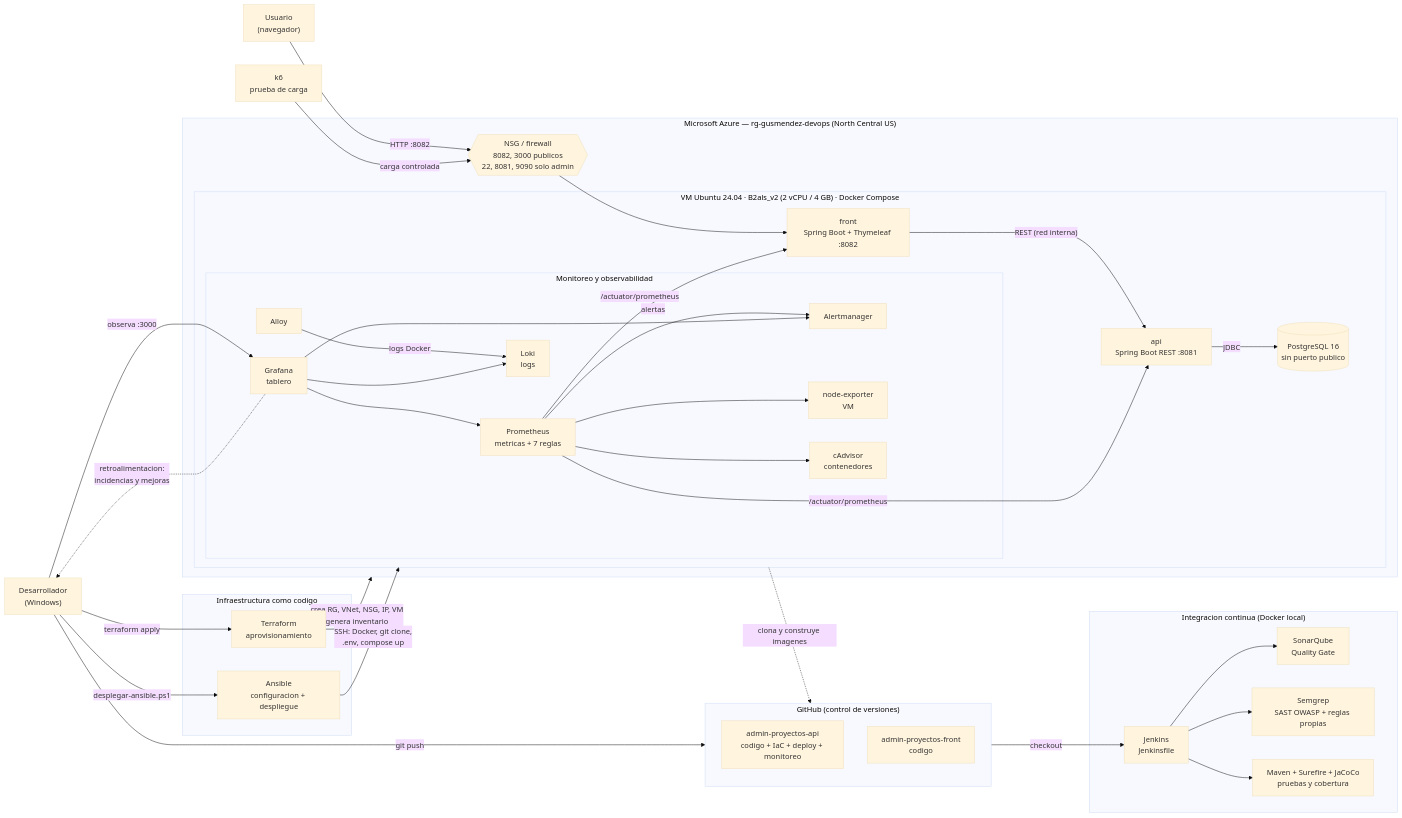
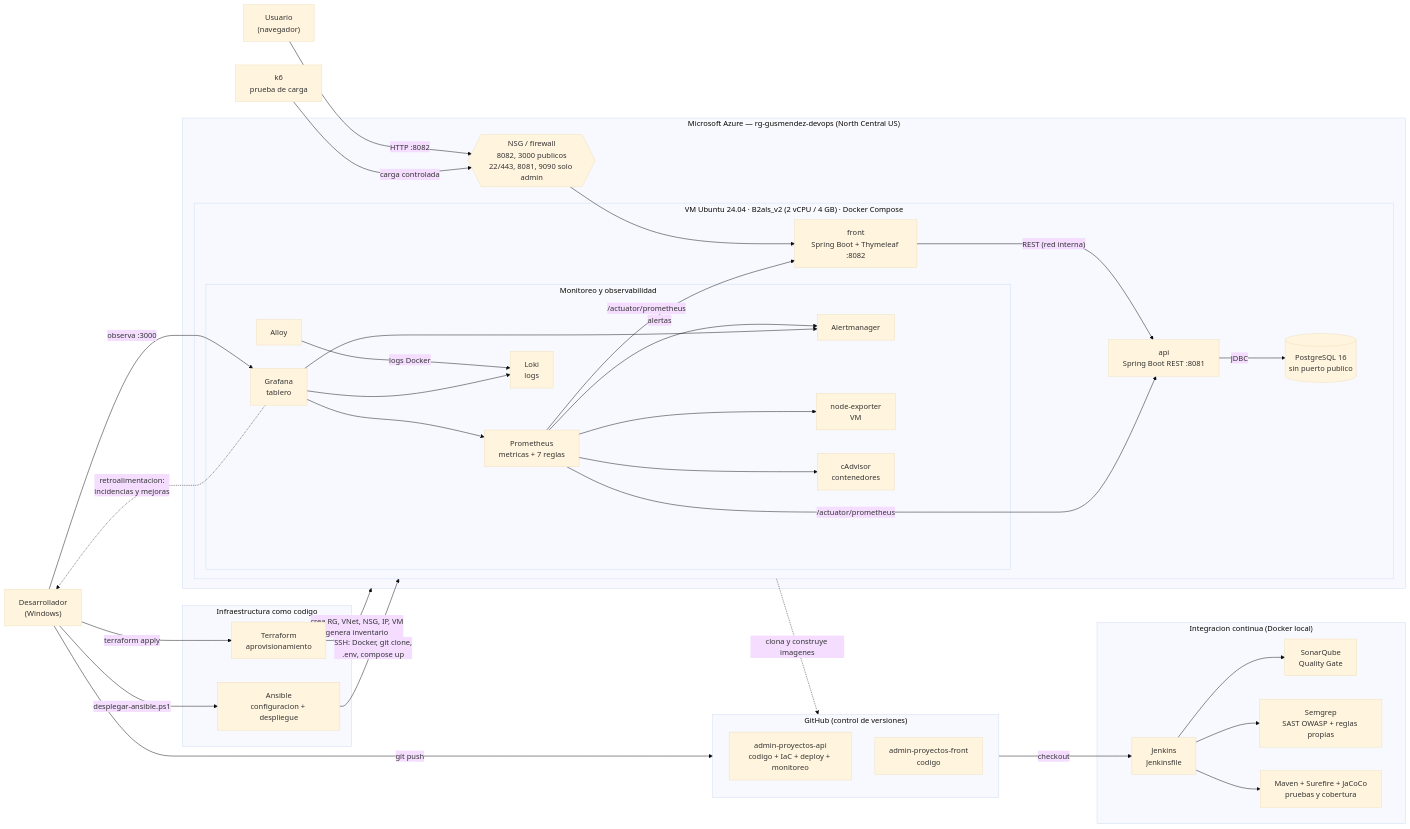
One commit to gusmendez3249/admin-proyectos-api changed the diagram in docs/arquitectura.md. Above: the diagram before and after it, drawn with Mermaid (base theme). The commit also changed other lines of this file and 5 other files, not shown here.

````diff
--- a/docs/arquitectura.md
+++ b/docs/arquitectura.md
@@ -5,64 +5,64 @@
 ```mermaid
 flowchart LR
     dev["Desarrollador<br/>(Windows)"]
 
     subgraph GH["GitHub (control de versiones)"]
         repoApi["admin-proyectos-api<br/>codigo + IaC + deploy + monitoreo"]
         repoFront["admin-proyectos-front<br/>codigo"]
     end
 
     subgraph CI["Integracion continua (Docker local)"]
         jenkins["Jenkins<br/>Jenkinsfile"]
         sonar["SonarQube<br/>Quality Gate"]
         semgrep["Semgrep<br/>SAST OWASP + reglas propias"]
         jacoco["Maven + Surefire + JaCoCo<br/>pruebas y cobertura"]
     end
 
     subgraph IAC["Infraestructura como codigo"]
         tf["Terraform<br/>aprovisionamiento"]
         ans["Ansible<br/>configuracion + despliegue"]
     end
 
     subgraph AZ["Microsoft Azure — rg-gusmendez-devops (North Central US)"]
-        nsg{{"NSG / firewall<br/>8082, 3000 publicos<br/>22, 8081, 9090 solo admin"}}
+        nsg{{"NSG / firewall<br/>8082, 3000 publicos<br/>22/443, 8081, 9090 solo admin"}}
         subgraph VM["VM Ubuntu 24.04 · B2als_v2 (2 vCPU / 4 GB) · Docker Compose"]
             front["front<br/>Spring Boot + Thymeleaf :8082"]
             api["api<br/>Spring Boot REST :8081"]
             db[("PostgreSQL 16<br/>sin puerto publico")]
             subgraph MON["Monitoreo y observabilidad"]
                 prom["Prometheus<br/>metricas + 7 reglas"]
                 am["Alertmanager"]
                 graf["Grafana<br/>tablero"]
                 loki["Loki<br/>logs"]
                 alloy["Alloy"]
                 node["node-exporter<br/>VM"]
                 cad["cAdvisor<br/>contenedores"]
             end
         end
     end
 
     usuario["Usuario<br/>(navegador)"]
     k6["k6<br/>prueba de carga"]
 
     dev -- "git push" --> GH
     GH -- "checkout" --> jenkins
     jenkins --> jacoco & sonar & semgrep
     dev -- "terraform apply" --> tf
     tf -- "crea RG, VNet, NSG, IP, VM<br/>genera inventario" --> AZ
     dev -- "desplegar-ansible.ps1" --> ans
     ans -- "SSH: Docker, git clone,<br/>.env, compose up" --> VM
     VM -. "clona y construye imagenes" .-> GH
 
     usuario -- "HTTP :8082" --> nsg --> front
     k6 -- "carga controlada" --> nsg
     front -- "REST (red interna)" --> api
     api -- "JDBC" --> db
 
     prom -- "/actuator/prometheus" --> api & front
     prom --> node & cad
     prom -- "alertas" --> am
     alloy -- "logs Docker" --> loki
     graf --> prom & loki & am
     dev -- "observa :3000" --> graf
     graf -. "retroalimentacion:<br/>incidencias y mejoras" .-> dev
 ```
````
